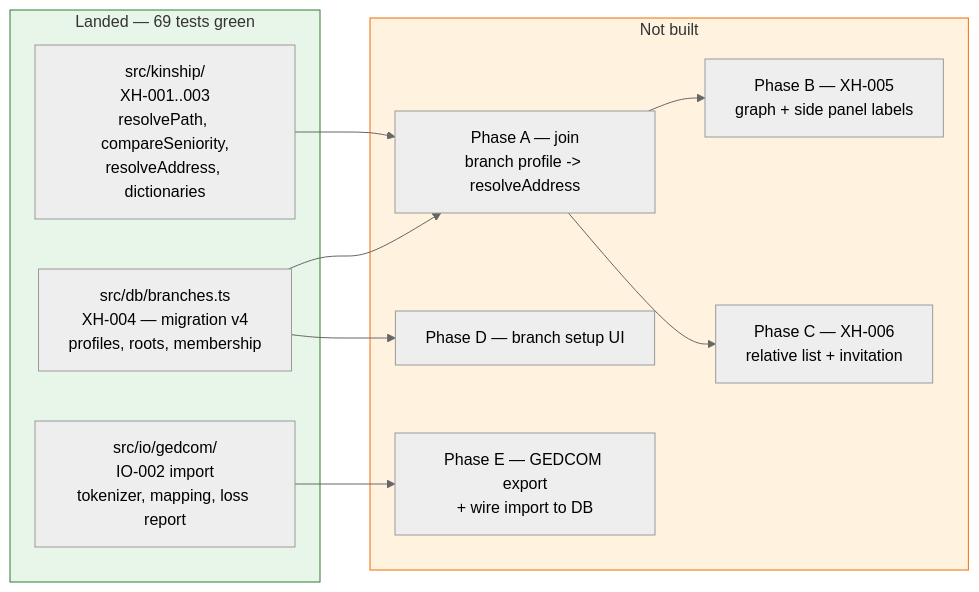
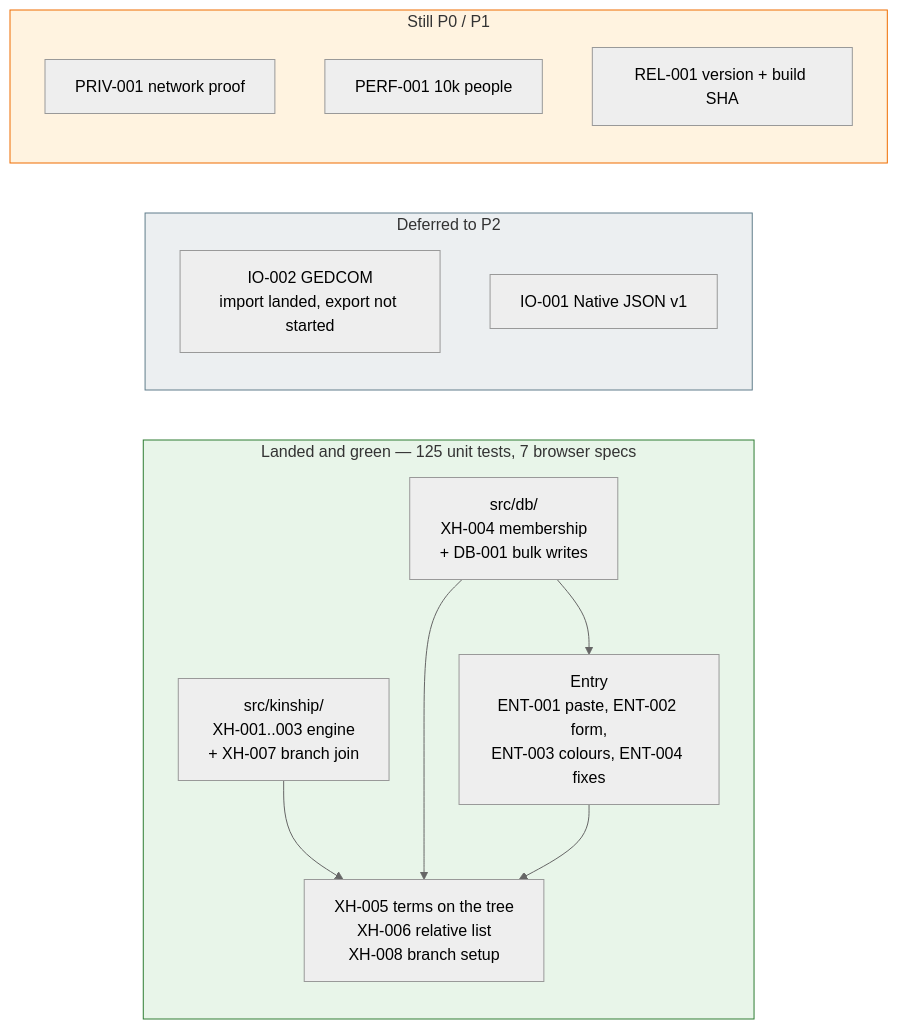
One commit to J2TeamNNL/gia-pha changed the fifth of 5 diagrams in .docs/v0.2/flow.md. Above: the diagram before and after it, drawn with Mermaid (neutral theme). The commit also changed other lines of this file and 2 other files, not shown here.

First line of the commit message:
docs: catch the entry map up with what actually shipped

````diff
--- a/.docs/v0.2/flow.md
+++ b/.docs/v0.2/flow.md
@@ -165,26 +211,29 @@
 ```mermaid
 flowchart LR
-    subgraph Done["Landed — 69 tests green"]
-        K["src/kinship/<br/>XH-001..003<br/>resolvePath, compareSeniority,<br/>resolveAddress, dictionaries"]
-        B["src/db/branches.ts<br/>XH-004 — migration v4<br/>profiles, roots, membership"]
-        G["src/io/gedcom/<br/>IO-002 import<br/>tokenizer, mapping, loss report"]
+    subgraph Done["Landed and green — 125 unit tests, 7 browser specs"]
+        K["src/kinship/<br/>XH-001..003 engine<br/>+ XH-007 branch join"]
+        B["src/db/<br/>XH-004 membership<br/>+ DB-001 bulk writes"]
+        ENT["Entry<br/>ENT-001 paste, ENT-002 form,<br/>ENT-003 colours, ENT-004 fixes"]
+        UI["XH-005 terms on the tree<br/>XH-006 relative list<br/>XH-008 branch setup"]
     end
 
-    subgraph Next["Not built"]
-        A["Phase A — join<br/>branch profile -> resolveAddress"]
-        UI["Phase B — XH-005<br/>graph + side panel labels"]
-        L["Phase C — XH-006<br/>relative list + invitation"]
-        S["Phase D — branch setup UI"]
-        E["Phase E — GEDCOM export<br/>+ wire import to DB"]
+    subgraph Deferred["Deferred to P2"]
+        G["IO-002 GEDCOM<br/>import landed, export not started"]
+        J["IO-001 Native JSON v1"]
     end
 
-    K --> A
-    B --> A
-    A --> UI
-    A --> L
-    B --> S
-    G --> E
+    subgraph Open["Still P0 / P1"]
+        PR["PRIV-001 network proof"]
+        PF["PERF-001 10k people"]
+        RL["REL-001 version + build SHA"]
+    end
+
+    K --> UI
+    B --> UI
+    B --> ENT
+    ENT --> UI
 
     style Done fill:#e8f5e9,stroke:#2e7d32
-    style Next fill:#fff3e0,stroke:#ef6c00
+    style Deferred fill:#eceff1,stroke:#607d8b
+    style Open fill:#fff3e0,stroke:#ef6c00
 ```
````
